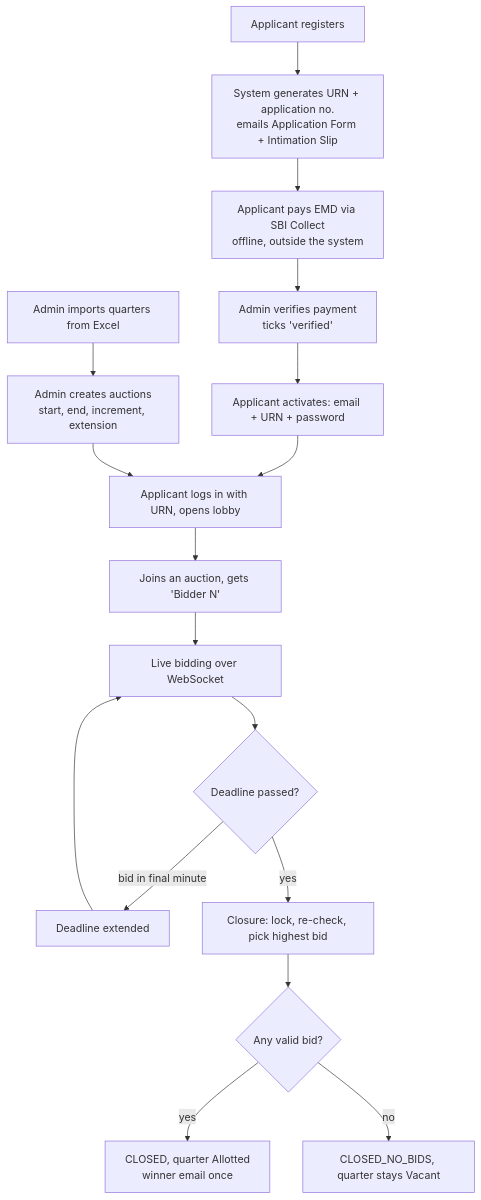
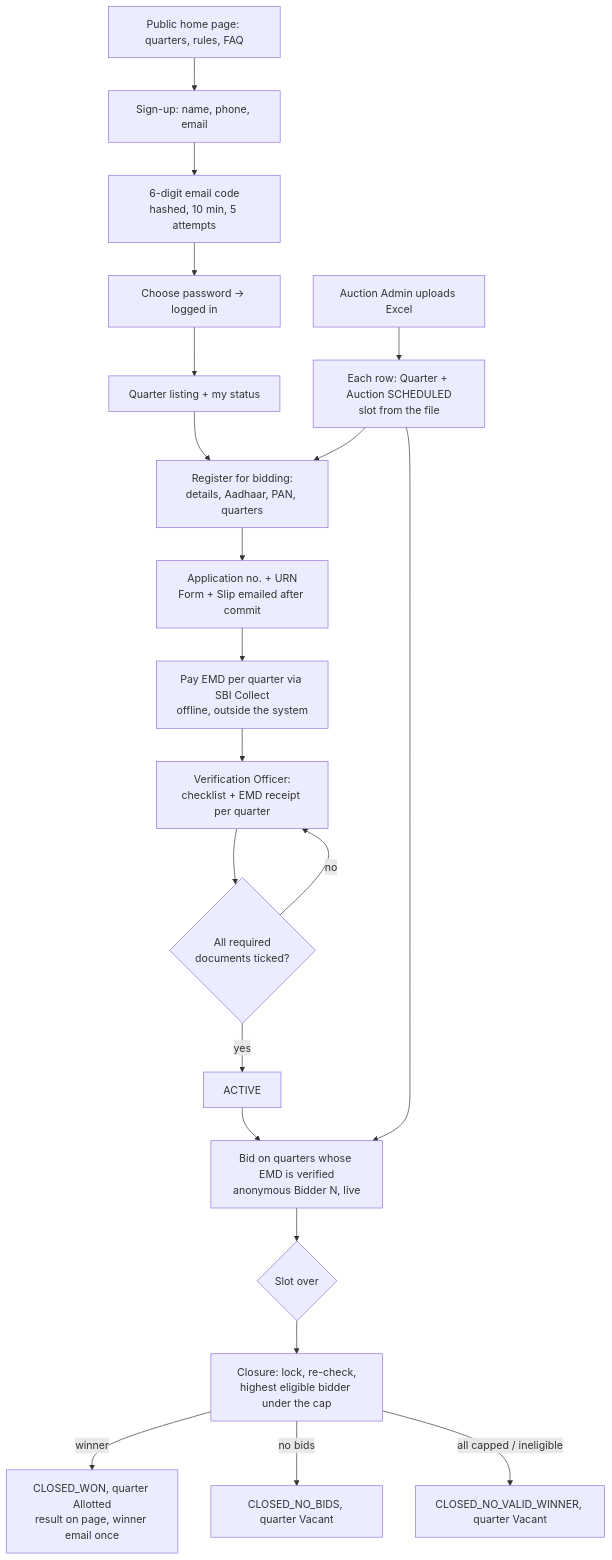
One commit to Ram-Pd/quarter-auction-system changed the third of 5 diagrams in docs/ARCHITECTURE.md. Above: the diagram before and after it, drawn with Mermaid. The commit also changed other lines of this file and 138 other files, not shown here.

````diff
--- a/docs/ARCHITECTURE.md
+++ b/docs/ARCHITECTURE.md
@@ -152,18 +201,23 @@
 ```mermaid
 flowchart TD
-    A[Admin imports quarters from Excel] --> B[Admin creates auctions<br/>start, end, increment, extension]
-    R[Applicant registers] --> E[System generates URN + application no.<br/>emails Application Form + Intimation Slip]
-    E --> F[Applicant pays EMD via SBI Collect<br/>offline, outside the system]
-    F --> G[Admin verifies payment<br/>ticks 'verified']
-    G --> H[Applicant activates: email + URN + password]
-    H --> I[Applicant logs in with URN, opens lobby]
-    B --> I
-    I --> J[Joins an auction, gets 'Bidder N']
-    J --> K[Live bidding over WebSocket]
-    K --> L{Deadline passed?}
-    L -- "bid in final minute" --> M[Deadline extended] --> K
-    L -- yes --> N[Closure: lock, re-check, pick highest bid]
-    N --> O{Any valid bid?}
-    O -- yes --> P[CLOSED, quarter Allotted<br/>winner email once]
-    O -- no --> Q[CLOSED_NO_BIDS, quarter stays Vacant]
+    X[Auction Admin uploads Excel] --> Y[Each row: Quarter + Auction SCHEDULED<br/>slot from the file]
+    H[Public home page: quarters, rules, FAQ] --> S1[Sign-up: name, phone, email]
+    S1 --> S2[6-digit email code<br/>hashed, 10 min, 5 attempts]
+    S2 --> S3[Choose password -> logged in]
+    S3 --> L[Quarter listing + my status]
+    L --> R[Register for bidding:<br/>details, Aadhaar, PAN, quarters]
+    Y --> R
+    R --> E[Application no. + URN<br/>Form + Slip emailed after commit]
+    E --> P[Pay EMD per quarter via SBI Collect<br/>offline, outside the system]
+    P --> V[Verification Officer:<br/>checklist + EMD receipt per quarter]
+    V --> AC{All required<br/>documents ticked?}
+    AC -- no --> V
+    AC -- yes --> ACT[ACTIVE]
+    ACT --> B[Bid on quarters whose EMD is verified<br/>anonymous Bidder N, live]
+    Y --> B
+    B --> C{Slot over}
+    C --> W[Closure: lock, re-check,<br/>highest eligible bidder under the cap]
+    W -- winner --> WON[CLOSED_WON, quarter Allotted<br/>result on page, winner email once]
+    W -- no bids --> NB[CLOSED_NO_BIDS, quarter Vacant]
+    W -- all capped / ineligible --> NV[CLOSED_NO_VALID_WINNER, quarter Vacant]
 ```
````
